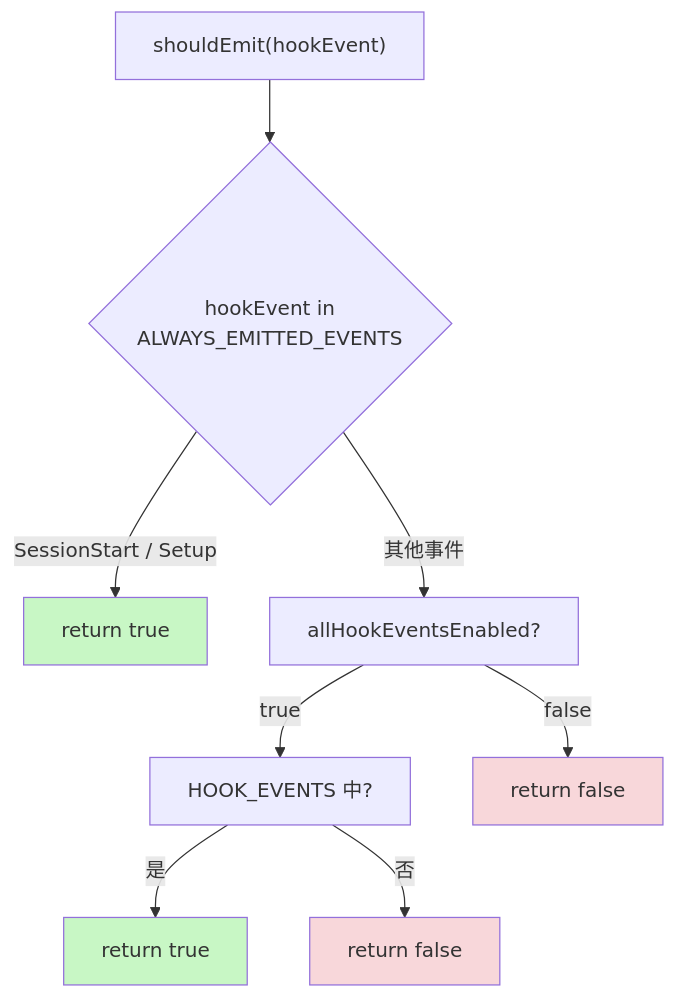
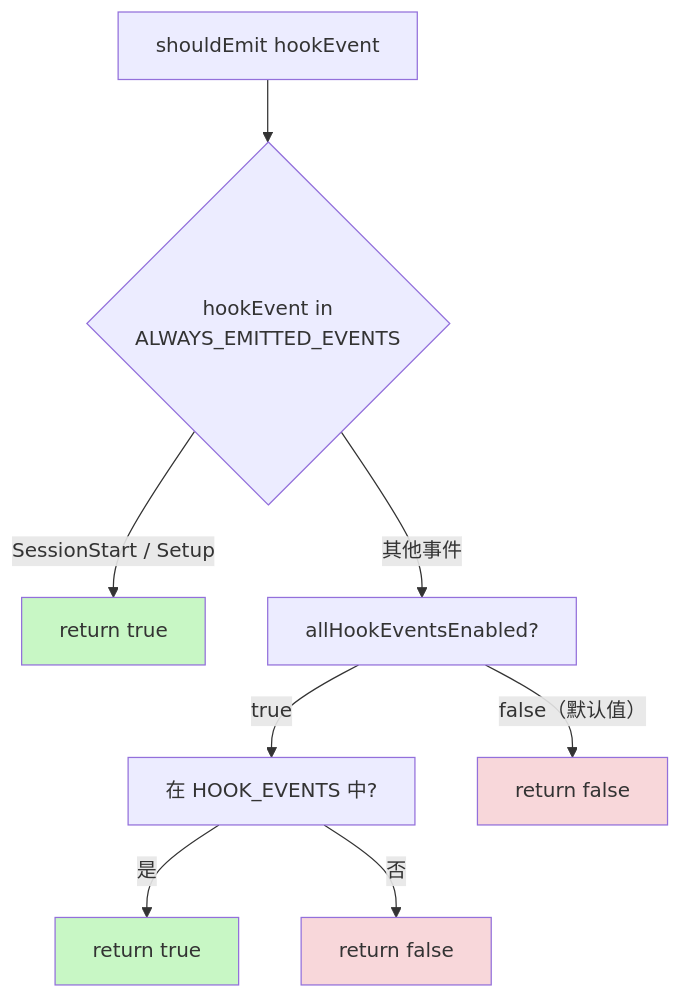
The sixth of 13 diagrams in .nium-wiki/wiki/core/hooks.md (niuma996/claude-code-sourcemap-wiki), drawn with Mermaid before and after one commit. The commit also changed other lines of this file and 1976 other files, not shown here.

````diff
--- a/.nium-wiki/wiki/core/hooks.md
+++ b/.nium-wiki/wiki/core/hooks.md
@@ -349,15 +349,15 @@
 ```mermaid
 flowchart TD
-    Start["shouldEmit(hookEvent)"] --> CheckAlways{"hookEvent in<br/>ALWAYS_EMITTED_EVENTS"}
-    CheckAlways -->|"SessionStart / Setup"| Allow["return true"]
-    CheckAlways -->|"其他事件"| CheckFlag["allHookEventsEnabled?"]
-    CheckFlag -->|"true"| CheckValid["HOOK_EVENTS 中?"]
-    CheckValid -->|"是"| Allow2["return true"]
-    CheckValid -->|"否"| Deny["return false"]
-    CheckFlag -->|"false"| Deny2["return false"]
+    Start[shouldEmit hookEvent] --> CheckAlways{hookEvent in<br/>ALWAYS_EMITTED_EVENTS}
+    CheckAlways -->|"SessionStart / Setup"| Allow[return true]
+    CheckAlways -->|"其他事件"| CheckFlag[allHookEventsEnabled?]
+    CheckFlag -->|"true"| CheckValid[在 HOOK_EVENTS 中?]
+    CheckValid -->|"是"| Allow2[return true]
+    CheckValid -->|"否"| Deny[return false]
+    CheckFlag -->|"false（默认值）"| Deny2[return false]
 
     style Allow fill:#c8f7c5
     style Allow2 fill:#c8f7c5
     style Deny fill:#f8d7da
     style Deny2 fill:#f8d7da
 ```
````
